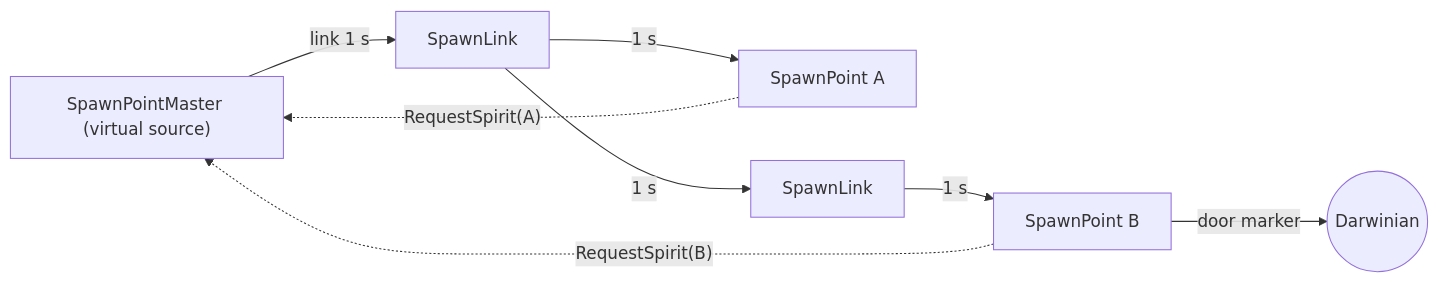
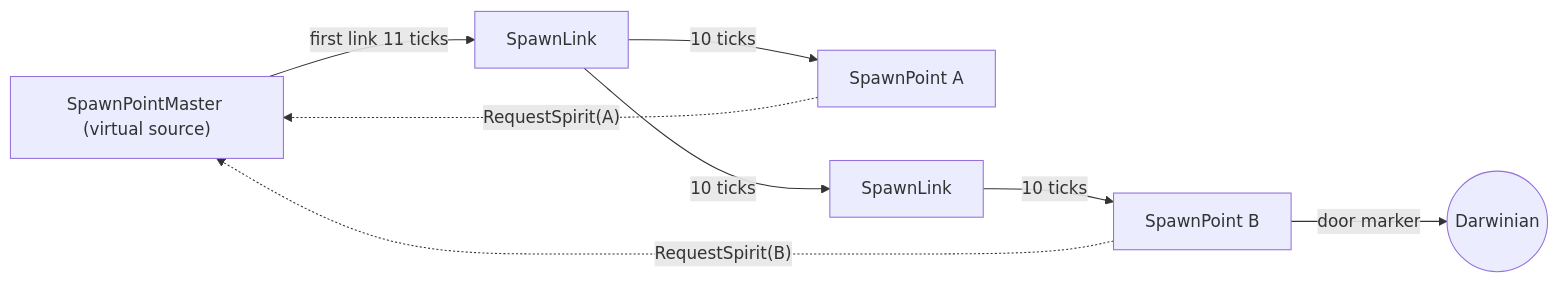
The third of 25 diagrams in design/03_buildings_and_world_objects.md (Zwaliebaba/Species.AI), drawn with Mermaid before and after one commit. The commit also changed other lines of this file and 36 other files, not shown here.

````diff
--- a/design/03_buildings_and_world_objects.md
+++ b/design/03_buildings_and_world_objects.md
@@ -614,10 +614,10 @@
 ```mermaid
 flowchart LR
-    M["SpawnPointMaster (virtual source)"] -->|"link 1 s"| L1[SpawnLink]
-    L1 -->|"1 s"| SP1["SpawnPoint A"]
-    L1 -->|"1 s"| L2[SpawnLink]
-    L2 -->|"1 s"| SP2["SpawnPoint B"]
+    M["SpawnPointMaster (virtual source)"] -->|"first link 11 ticks"| L1[SpawnLink]
+    L1 -->|"10 ticks"| SP1["SpawnPoint A"]
+    L1 -->|"10 ticks"| L2[SpawnLink]
+    L2 -->|"10 ticks"| SP2["SpawnPoint B"]
     SP1 -.->|"RequestSpirit(A)"| M
     SP2 -.->|"RequestSpirit(B)"| M
     SP2 -->|"door marker"| D(("Darwinian"))
 ```
````
